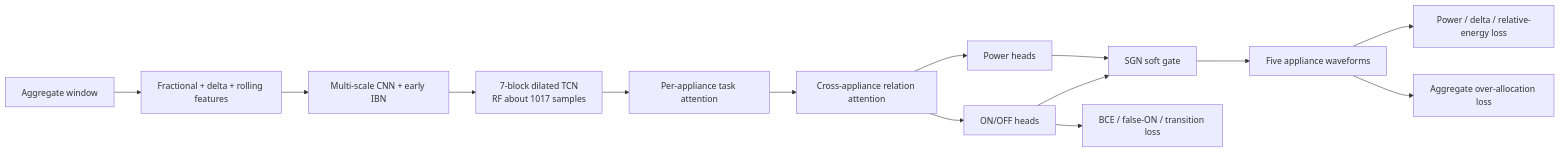
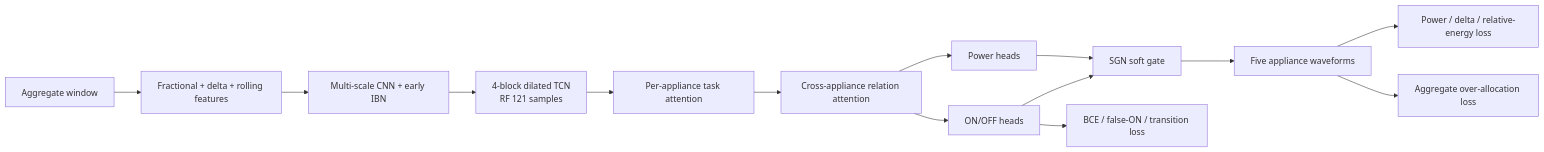
One commit to rtie2002/high_low_freq_NILM changed the second of 3 diagrams in multi_appliances_NILM/docs/multinilm_relational_physics.md. Above: the diagram before and after it, drawn with Mermaid. The commit also changed other lines of this file, not shown here.

````diff
--- a/multi_appliances_NILM/docs/multinilm_relational_physics.md
+++ b/multi_appliances_NILM/docs/multinilm_relational_physics.md
@@ -58,16 +58,16 @@
 ```mermaid
 flowchart LR
     X[Aggregate window] --> FE[Fractional + delta + rolling features]
     FE --> IBN[Multi-scale CNN + early IBN]
-    IBN --> TCN[7-block dilated TCN<br/>RF about 1017 samples]
+    IBN --> TCN[4-block dilated TCN<br/>RF 121 samples]
     TCN --> TA[Per-appliance task attention]
     TA --> RA[Cross-appliance relation attention]
     RA --> PH[Power heads]
     RA --> SH[ON/OFF heads]
     SH --> SG[SGN soft gate]
     PH --> SG
     SG --> OUT[Five appliance waveforms]
     OUT --> L1[Power / delta / relative-energy loss]
     OUT --> L2[Aggregate over-allocation loss]
     SH --> L3[BCE / false-ON / transition loss]
 ```
````
